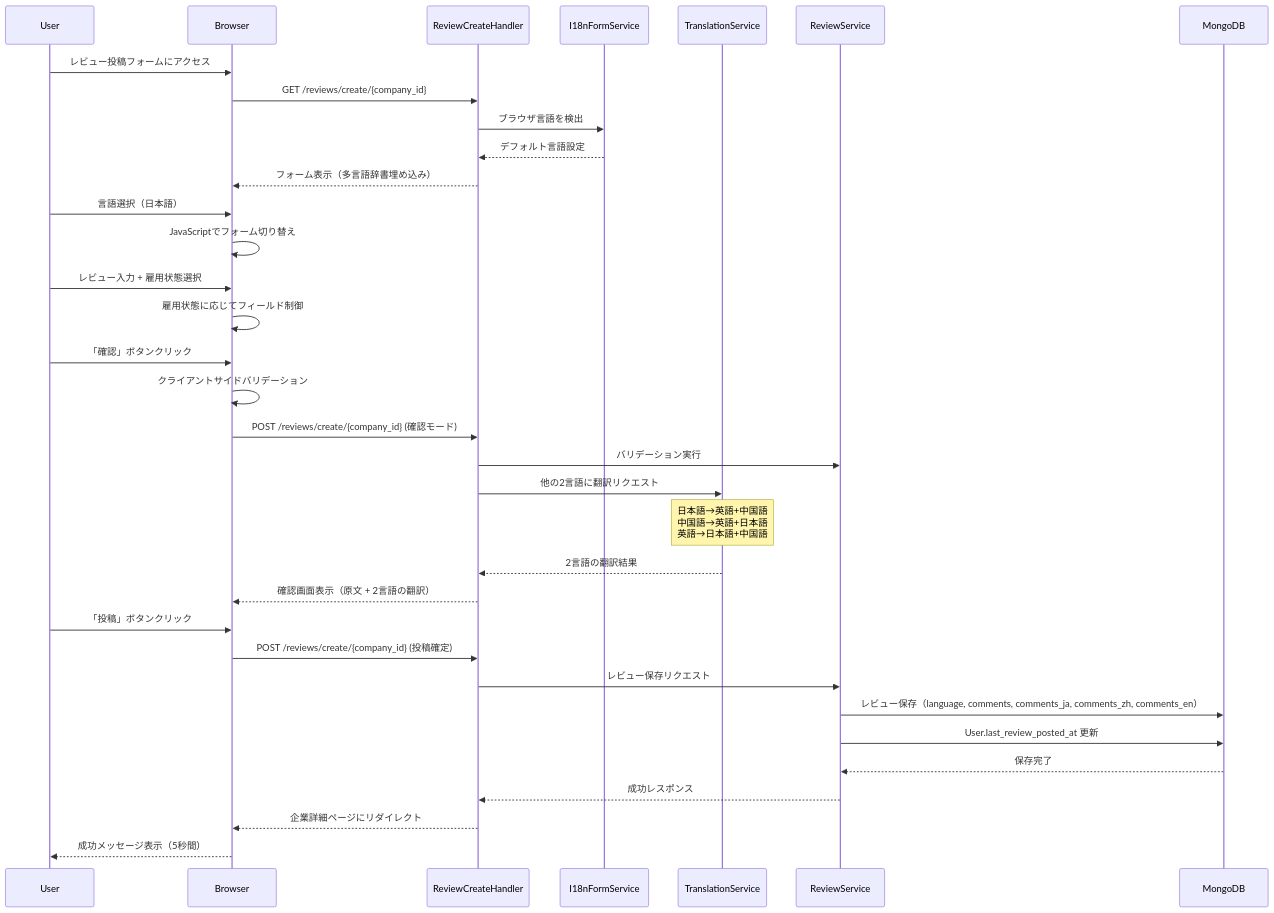
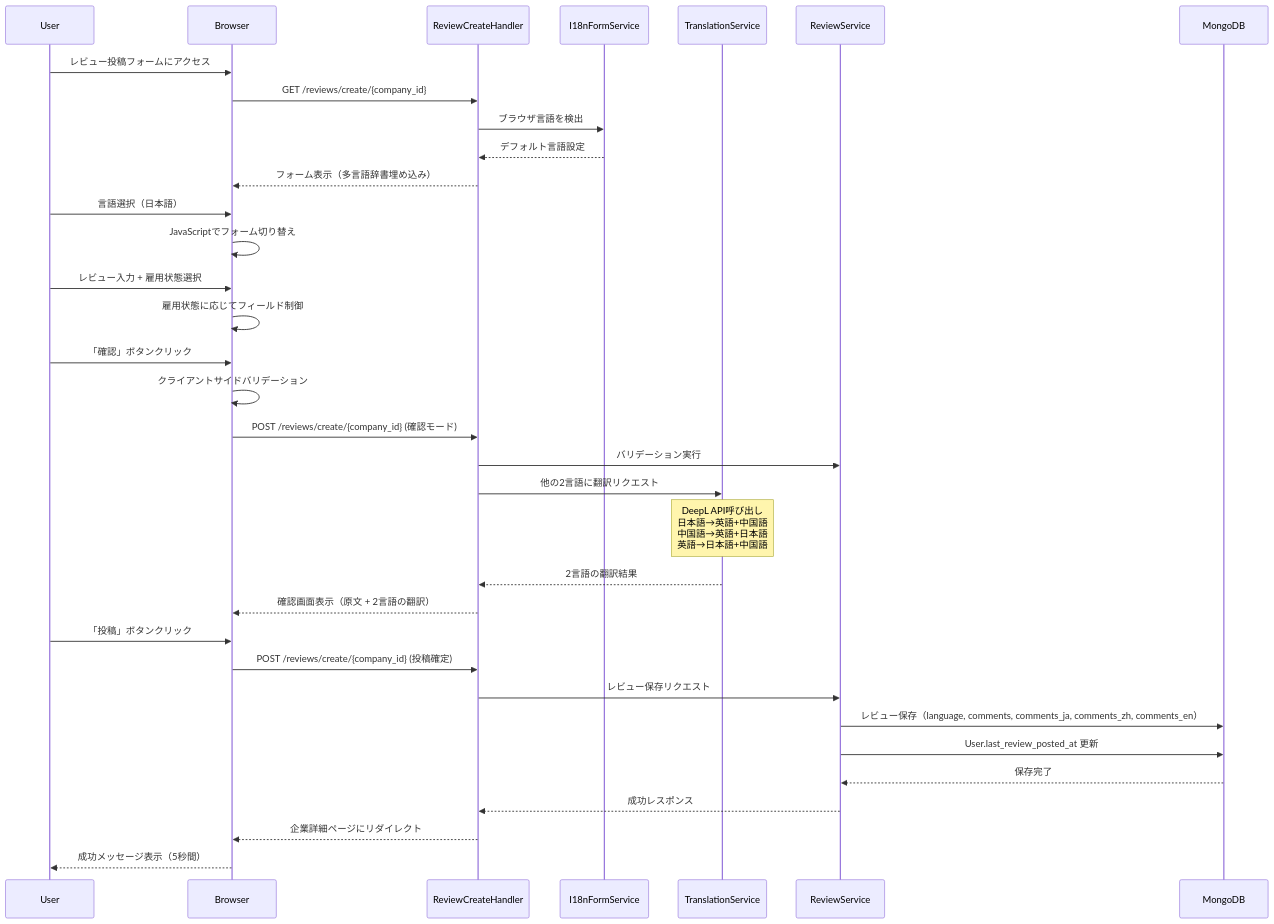
Before and after one commit to jun-JUNJUN/dxeeworld: the second of 6 diagrams in .kiro/specs/review-listing-and-multilingual-improvements/design.md, drawn with Mermaid. The commit also changed other lines of this file and 5 other files, not shown here.

````diff
--- a/.kiro/specs/review-listing-and-multilingual-improvements/design.md
+++ b/.kiro/specs/review-listing-and-multilingual-improvements/design.md
@@ -185,43 +183,43 @@
 ```mermaid
 sequenceDiagram
     participant User
     participant Browser
     participant ReviewCreateHandler
     participant I18nFormService
     participant TranslationService
     participant ReviewService
     participant MongoDB
 
     User->>Browser: レビュー投稿フォームにアクセス
     Browser->>ReviewCreateHandler: GET /reviews/create/{company_id}
     ReviewCreateHandler->>I18nFormService: ブラウザ言語を検出
     I18nFormService-->>ReviewCreateHandler: デフォルト言語設定
     ReviewCreateHandler-->>Browser: フォーム表示（多言語辞書埋め込み）
 
     User->>Browser: 言語選択（日本語）
     Browser->>Browser: JavaScriptでフォーム切り替え
 
     User->>Browser: レビュー入力 + 雇用状態選択
     Browser->>Browser: 雇用状態に応じてフィールド制御
     User->>Browser: 「確認」ボタンクリック
     Browser->>Browser: クライアントサイドバリデーション
 
     Browser->>ReviewCreateHandler: POST /reviews/create/{company_id} (確認モード)
     ReviewCreateHandler->>ReviewService: バリデーション実行
 
     ReviewCreateHandler->>TranslationService: 他の2言語に翻訳リクエスト
-    Note over TranslationService: 日本語→英語+中国語<br/>中国語→英語+日本語<br/>英語→日本語+中国語
+    Note over TranslationService: DeepL API呼び出し<br/>日本語→英語+中国語<br/>中国語→英語+日本語<br/>英語→日本語+中国語
     TranslationService-->>ReviewCreateHandler: 2言語の翻訳結果
 
     ReviewCreateHandler-->>Browser: 確認画面表示（原文 + 2言語の翻訳）
 
     User->>Browser: 「投稿」ボタンクリック
     Browser->>ReviewCreateHandler: POST /reviews/create/{company_id} (投稿確定)
     ReviewCreateHandler->>ReviewService: レビュー保存リクエスト
     ReviewService->>MongoDB: レビュー保存（language, comments, comments_ja, comments_zh, comments_en）
     ReviewService->>MongoDB: User.last_review_posted_at 更新
     MongoDB-->>ReviewService: 保存完了
     ReviewService-->>ReviewCreateHandler: 成功レスポンス
     ReviewCreateHandler-->>Browser: 企業詳細ページにリダイレクト
     Browser-->>User: 成功メッセージ表示（5秒間）
 ```
````
